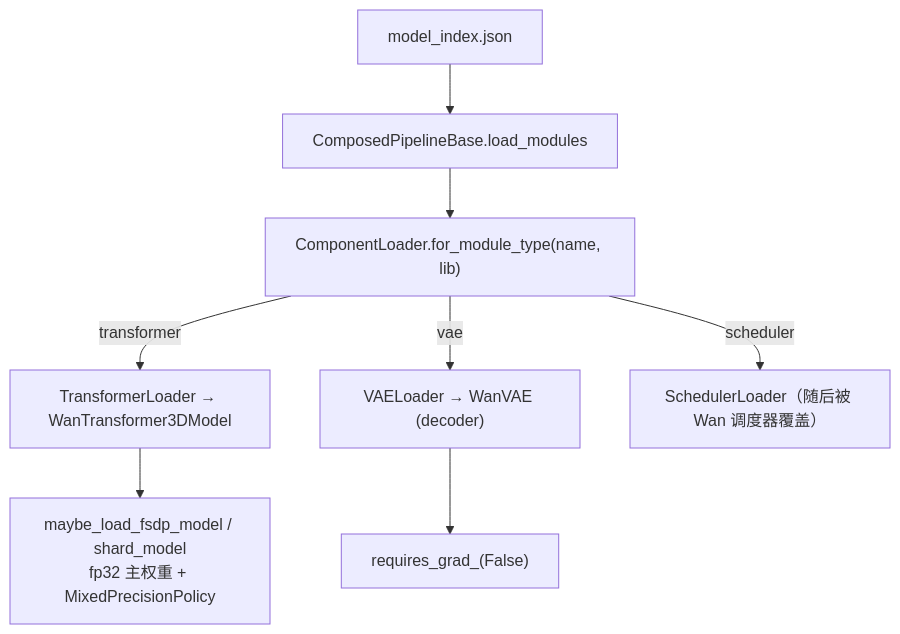
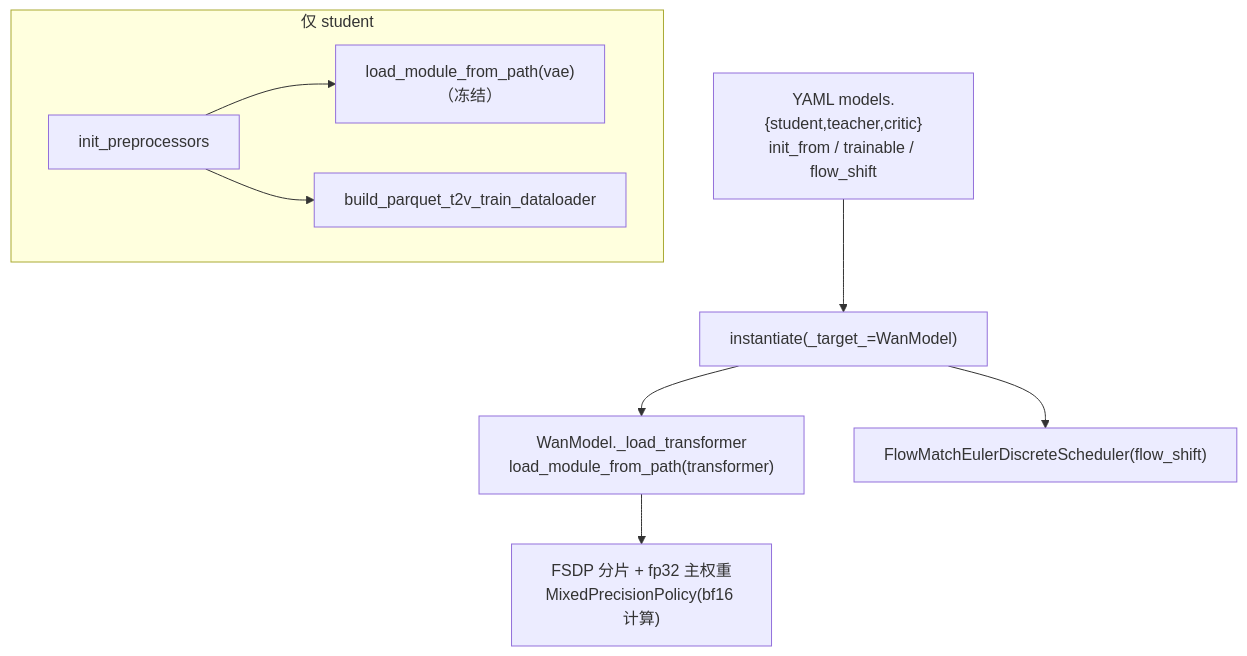
The fifth of 7 diagrams in docs/架构设计.md (Huangzjun/FlashGen), drawn with Mermaid before and after one commit. The commit also changed other lines of this file and 42 other files, not shown here.

````diff
--- a/docs/架构设计.md
+++ b/docs/架构设计.md
@@ -450,10 +477,11 @@
 ```mermaid
 flowchart TD
-    MI["model_index.json"] --> LM["ComposedPipelineBase.load_modules"]
-    LM --> F["ComponentLoader.for_module_type(name, lib)"]
-    F -->|transformer| TL["TransformerLoader → WanTransformer3DModel"]
-    F -->|vae| VL["VAELoader → WanVAE (decoder)"]
-    F -->|scheduler| SL["SchedulerLoader（随后被 Wan 调度器覆盖）"]
-    TL --> FSDP["maybe_load_fsdp_model / shard_model<br/>fp32 主权重 + MixedPrecisionPolicy"]
-    VL --> FROZEN["requires_grad_(False)"]
+    Y["YAML models.{student,teacher,critic}<br/>init_from / trainable / flow_shift"] --> INST["instantiate(_target_=WanModel)"]
+    INST --> LT["WanModel._load_transformer<br/>load_module_from_path(transformer)"]
+    LT --> FSDP["FSDP 分片 + fp32 主权重<br/>MixedPrecisionPolicy(bf16 计算)"]
+    INST --> SCH["FlowMatchEulerDiscreteScheduler(flow_shift)"]
+    subgraph 仅 student
+      IP["init_preprocessors"] --> VAE["load_module_from_path(vae)（冻结）"]
+      IP --> DL["build_parquet_t2v_train_dataloader"]
+    end
 ```
````
